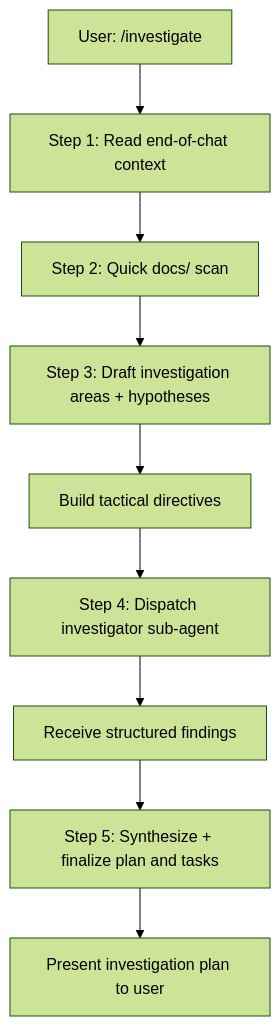
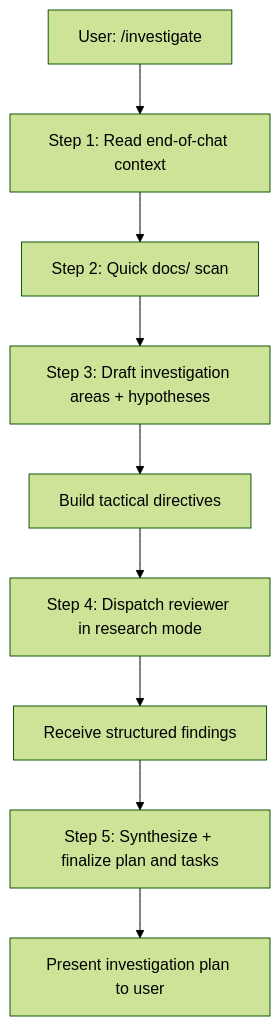
One commit to danalexilewis/taskgraph changed the diagram in .cursor/skills/investigate/SKILL.md. Above: the diagram before and after it, drawn with Mermaid (forest theme). The commit also changed other lines of this file and 53 other files, not shown here.

Commit message:
review git flow of tasks and reflect on successful coding patterns to increase sub-agent performance

````diff
--- a/.cursor/skills/investigate/SKILL.md
+++ b/.cursor/skills/investigate/SKILL.md
@@ -29,11 +29,11 @@
 ```mermaid
 flowchart TD
     A[User: /investigate] --> B[Step 1: Read end-of-chat context]
     B --> C[Step 2: Quick docs/ scan]
     C --> D[Step 3: Draft investigation areas + hypotheses]
     D --> E[Build tactical directives]
-    E --> F[Step 4: Dispatch investigator sub-agent]
+    E --> F[Step 4: Dispatch reviewer in research mode]
     F --> G[Receive structured findings]
     G --> H[Step 5: Synthesize + finalize plan and tasks]
     H --> I[Present investigation plan to user]
 ```
````
